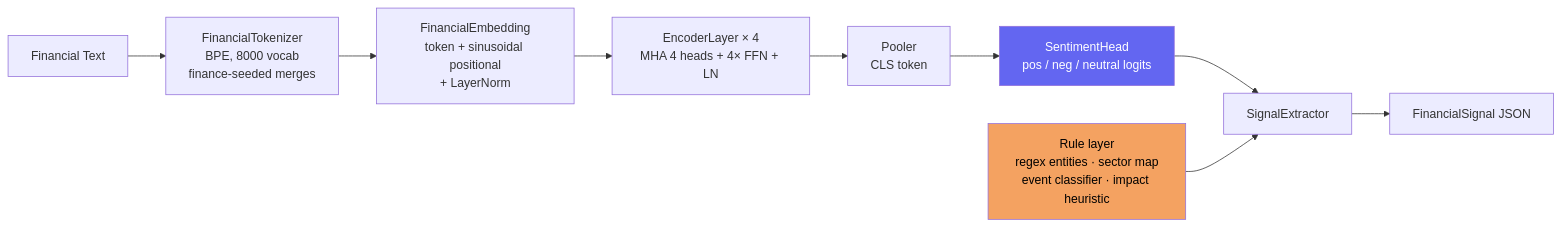
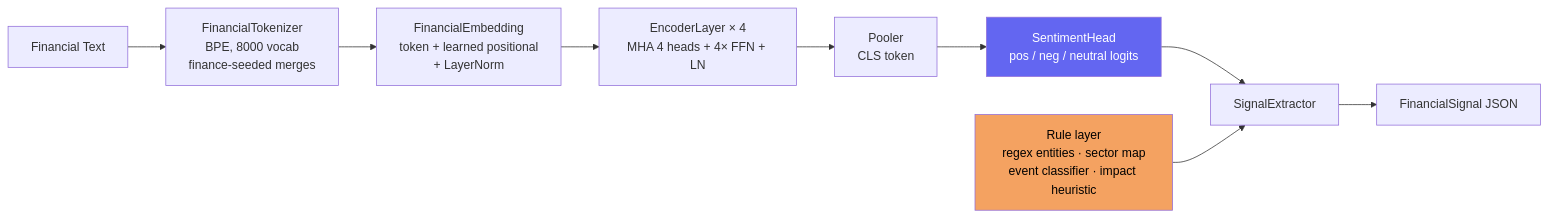
The diagram in README.md (shaikn6/nano-finbert), drawn with Mermaid before and after one commit. The commit also changed other lines of this file and 6 other files, not shown here.

````diff
--- a/README.md
+++ b/README.md
@@ -55,14 +55,14 @@
 ```mermaid
 graph LR
     A[Financial Text] --> B[FinancialTokenizer<br/>BPE, 8000 vocab<br/>finance-seeded merges]
-    B --> C[FinancialEmbedding<br/>token + sinusoidal positional<br/>+ LayerNorm]
+    B --> C[FinancialEmbedding<br/>token + learned positional<br/>+ LayerNorm]
     C --> D[EncoderLayer × 4<br/>MHA 4 heads + 4× FFN + LN]
     D --> E[Pooler<br/>CLS token]
     E --> F[SentimentHead<br/>pos / neg / neutral logits]
     F --> G[SignalExtractor]
     R[Rule layer<br/>regex entities · sector map<br/>event classifier · impact heuristic] --> G
     G --> H[FinancialSignal JSON]
 
     style F fill:#6366f1,color:#fff
     style R fill:#f4a261,color:#000
 ```
````
